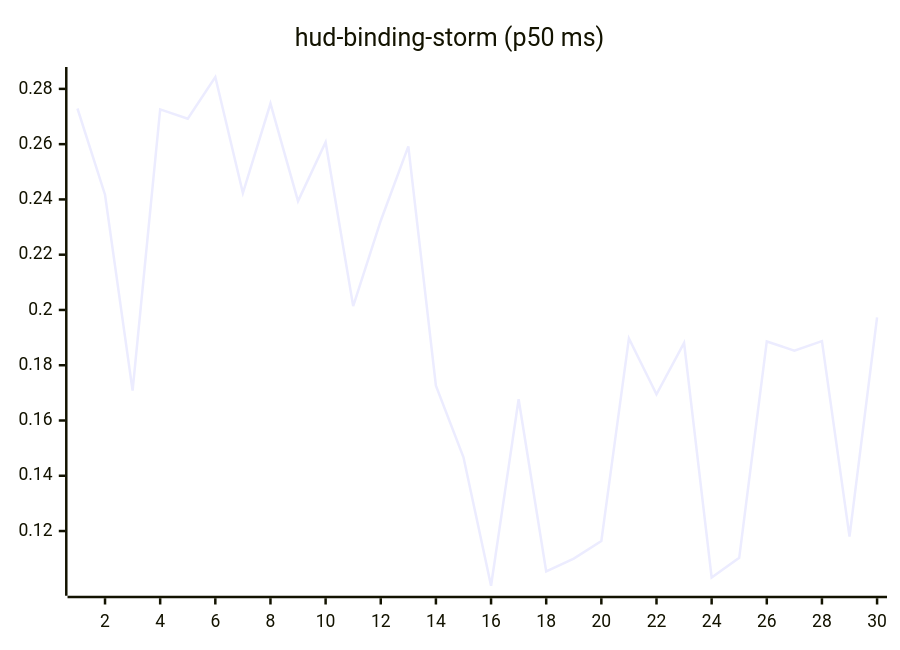
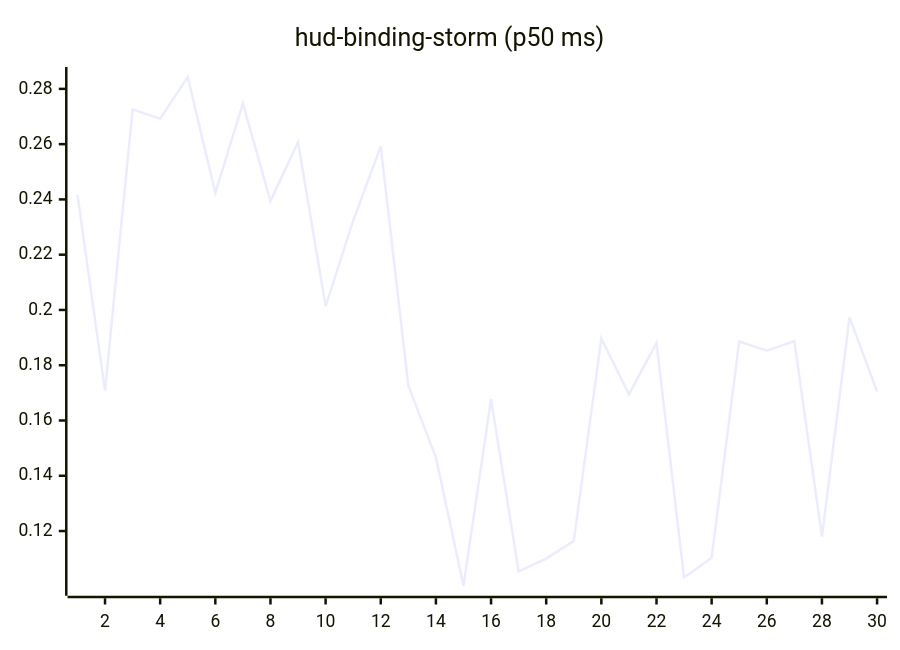
The tenth of 27 diagrams in README.md (josha/Facet), drawn with Mermaid before and after one commit. The commit also changed other lines of this file and 2 other files, not shown here.

````diff
--- a/README.md
+++ b/README.md
@@ -126,6 +126,6 @@
 ```mermaid
 xychart-beta
     title "hud-binding-storm (p50 ms)"
     x-axis 1 --> 30
-    line [0.2729, 0.2417, 0.1708, 0.2726, 0.2692, 0.2843, 0.2423, 0.2747, 0.2394, 0.2607, 0.2014, 0.2323, 0.2592, 0.1726, 0.1467, 0.1002, 0.1677, 0.1054, 0.1100, 0.1164, 0.1897, 0.1695, 0.1881, 0.1032, 0.1103, 0.1886, 0.1853, 0.1887, 0.1180, 0.1973]
+    line [0.2417, 0.1708, 0.2726, 0.2692, 0.2843, 0.2423, 0.2747, 0.2394, 0.2607, 0.2014, 0.2323, 0.2592, 0.1726, 0.1467, 0.1002, 0.1677, 0.1054, 0.1100, 0.1164, 0.1897, 0.1695, 0.1881, 0.1032, 0.1103, 0.1886, 0.1853, 0.1887, 0.1180, 0.1973, 0.1705]
 ```
````
